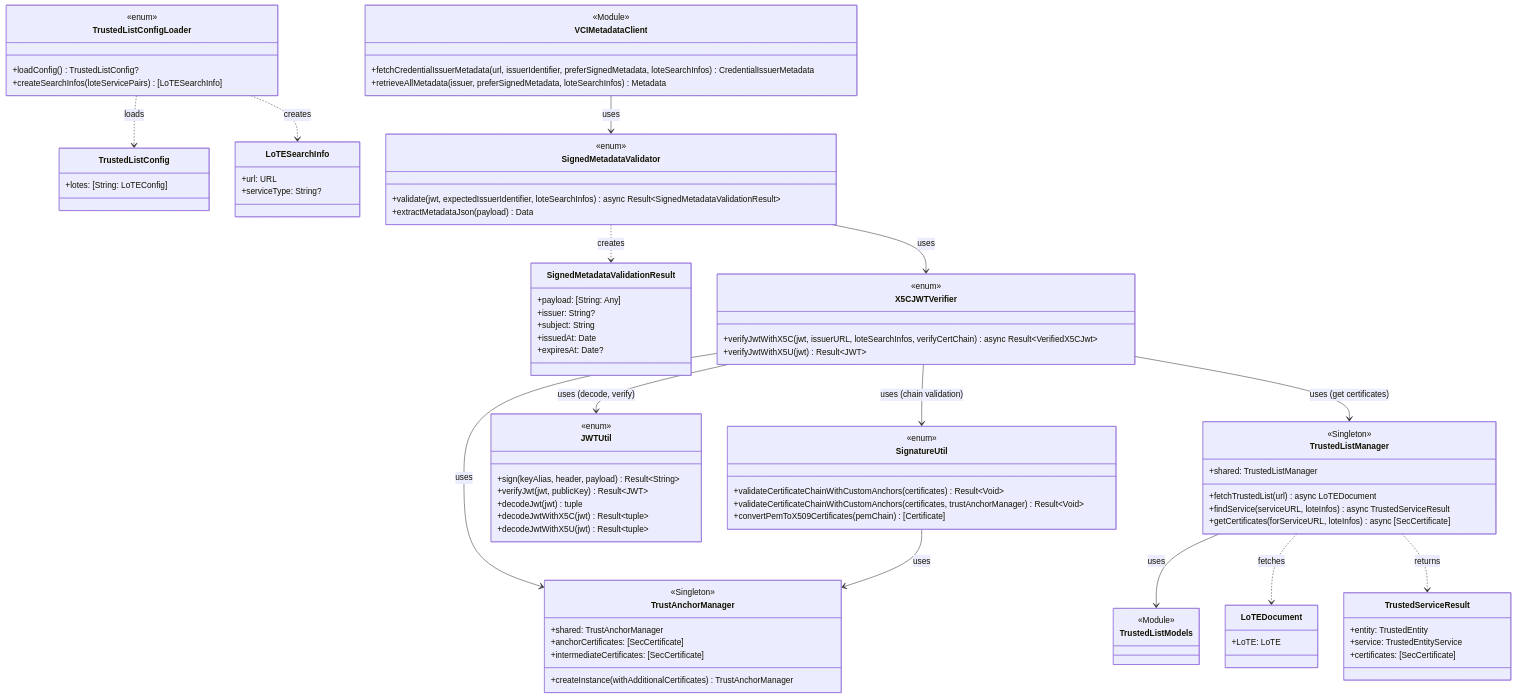
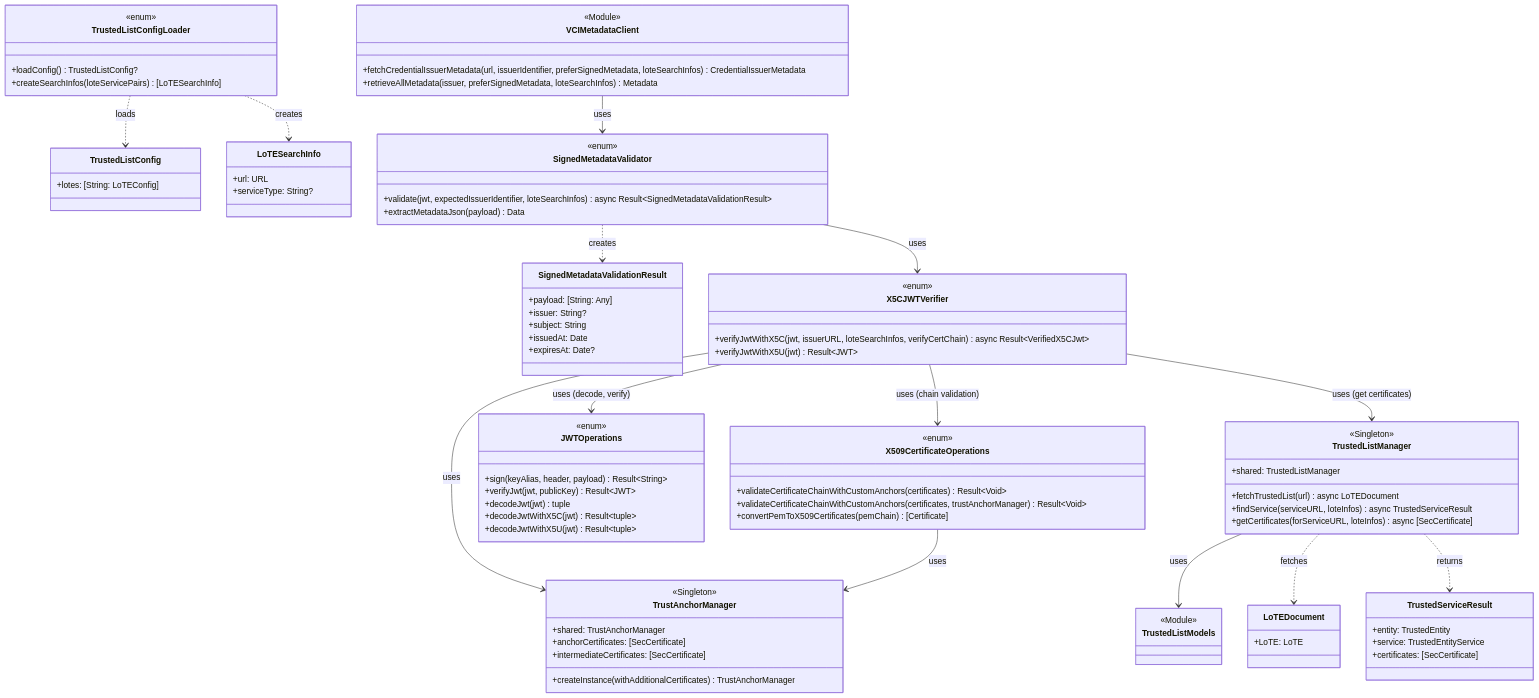
One commit to ryosuke-wakaba/OWND-Wallet-iOS changed the first of 4 diagrams in docs/features/credential-issuance/metadata-verification.md. Above: the diagram before and after it, drawn with Mermaid. The commit also changed other lines of this file and 7 other files, not shown here.

```diff
--- a/docs/features/credential-issuance/metadata-verification.md
+++ b/docs/features/credential-issuance/metadata-verification.md
@@ -97,7 +97,7 @@
         +verifyJwtWithX5U(jwt) Result~JWT~
     }
 
-    class JWTUtil {
+    class JWTOperations {
         <<enum>>
         +sign(keyAlias, header, payload) Result~String~
         +verifyJwt(jwt, publicKey) Result~JWT~
@@ -106,7 +106,7 @@
         +decodeJwtWithX5U(jwt) Result~tuple~
     }
 
-    class SignatureUtil {
+    class X509CertificateOperations {
         <<enum>>
         +validateCertificateChainWithCustomAnchors(certificates) Result~Void~
         +validateCertificateChainWithCustomAnchors(certificates, trustAnchorManager) Result~Void~
@@ -121,12 +121,12 @@
     SignedMetadataValidator --> X5CJWTVerifier : uses
     SignedMetadataValidator ..> SignedMetadataValidationResult : creates
 
-    X5CJWTVerifier --> JWTUtil : uses (decode, verify)
-    X5CJWTVerifier --> SignatureUtil : uses (chain validation)
+    X5CJWTVerifier --> JWTOperations : uses (decode, verify)
+    X5CJWTVerifier --> X509CertificateOperations : uses (chain validation)
     X5CJWTVerifier --> TrustAnchorManager : uses
     X5CJWTVerifier --> TrustedListManager : uses (get certificates)
 
-    SignatureUtil --> TrustAnchorManager : uses
+    X509CertificateOperations --> TrustAnchorManager : uses
 
     TrustedListManager --> TrustedListModels : uses
     TrustedListManager ..> LoTEDocument : fetches
```
